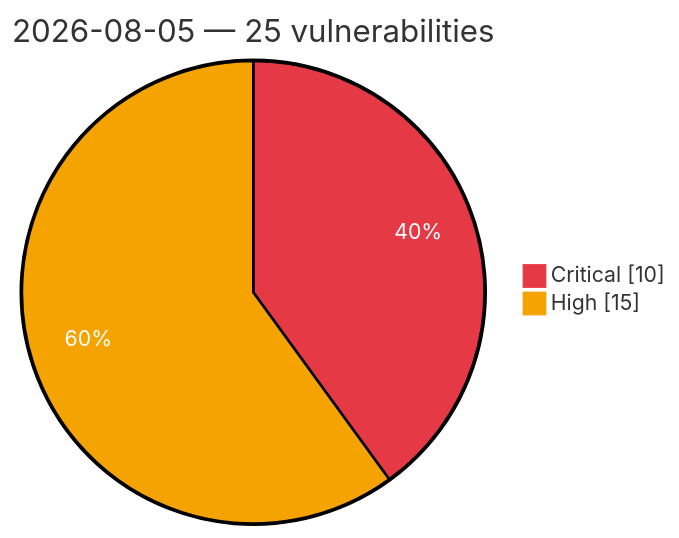
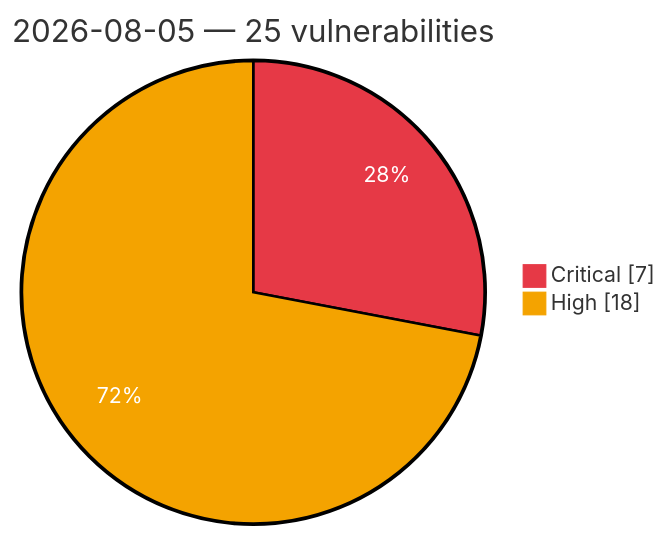
The diagram in vulnerabilities/2026-08-05.md (GhostX0X/vuln-tracker), drawn with Mermaid before and after one commit. The commit also changed other lines of this file and 1 other file, not shown here.

Commit message:
Auto update: critical/high vulns (2026-08-05 20:25 UTC)

````diff
--- a/vulnerabilities/2026-08-05.md
+++ b/vulnerabilities/2026-08-05.md
@@ -3,7 +3,7 @@
 ```mermaid
 %%{init: {'theme':'base', 'themeVariables': {'pie1':'#e63946', 'pie2':'#f4a300', 'pieOpacity':'1', 'pieOuterStrokeWidth':'2px', 'pieSectionTextColor':'#ffffff'}}}%%
 pie showData
     title 2026-08-05 — 25 vulnerabilities
-    "Critical" : 10
-    "High" : 15
+    "Critical" : 7
+    "High" : 18
 ```
````
